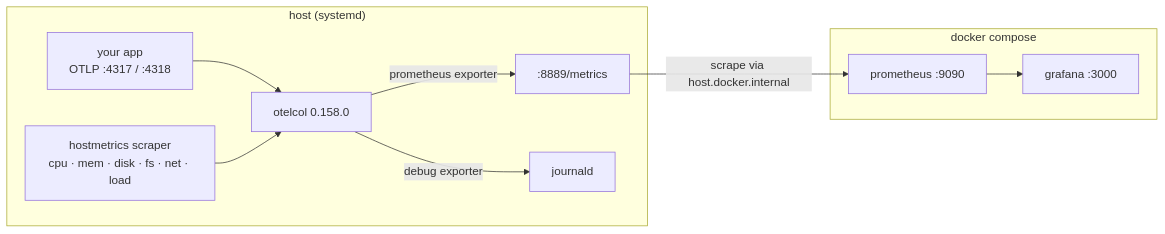
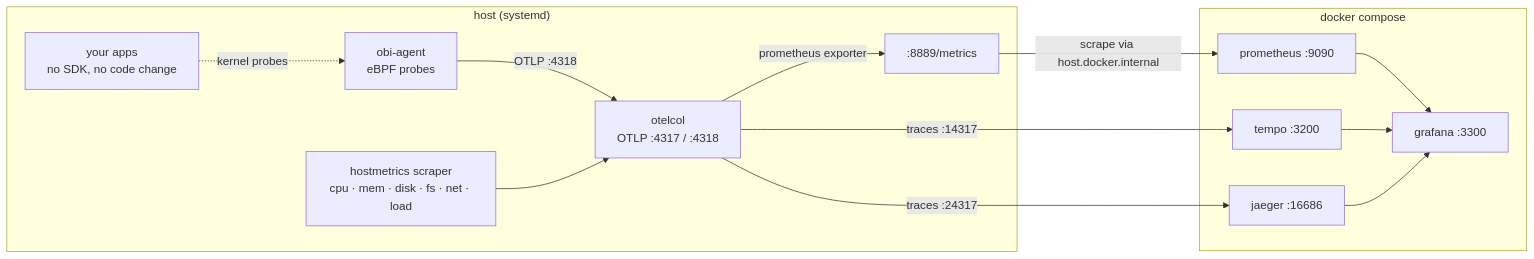
Before and after one commit to vyasn30/otel-stack: the diagram in README.md, drawn with Mermaid. The commit also changed other lines of this file and 3 other files, not shown here.

````diff
--- a/README.md
+++ b/README.md
@@ -11,14 +13,25 @@
 ```mermaid
 flowchart LR
     subgraph host["host (systemd)"]
-        app["your app<br/>OTLP :4317 / :4318"] --> col
-        hm["hostmetrics scraper<br/>cpu · mem · disk · fs · net · load"] --> col
-        col["otelcol 0.158.0"]
+        apps["your apps<br/>no SDK, no code change"]
+        obi["obi-agent<br/>eBPF probes"]
+        hm["hostmetrics scraper<br/>cpu · mem · disk · fs · net · load"]
+        col["otelcol<br/>OTLP :4317 / :4318"]
+        apps -.->|"kernel probes"| obi
+        obi -->|"OTLP :4318"| col
+        hm --> col
         col -->|"prometheus exporter"| ex[":8889/metrics"]
-        col -->|"debug exporter"| jd["journald"]
     end
     subgraph docker["docker compose"]
-        prom["prometheus :9090"] --> graf["grafana :3000"]
+        prom["prometheus :9090"]
+        tempo["tempo :3200"]
+        jaeger["jaeger :16686"]
+        graf["grafana :3300"]
+        prom --> graf
+        tempo --> graf
+        jaeger --> graf
     end
     ex -->|"scrape via host.docker.internal"| prom
+    col -->|"traces :14317"| tempo
+    col -->|"traces :24317"| jaeger
 ```
````
